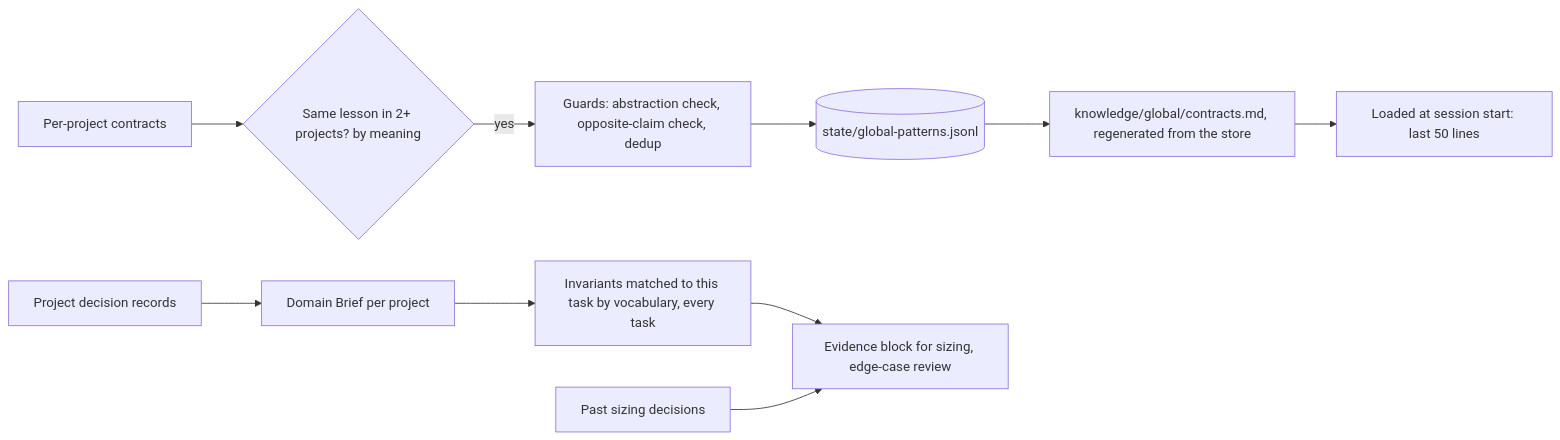
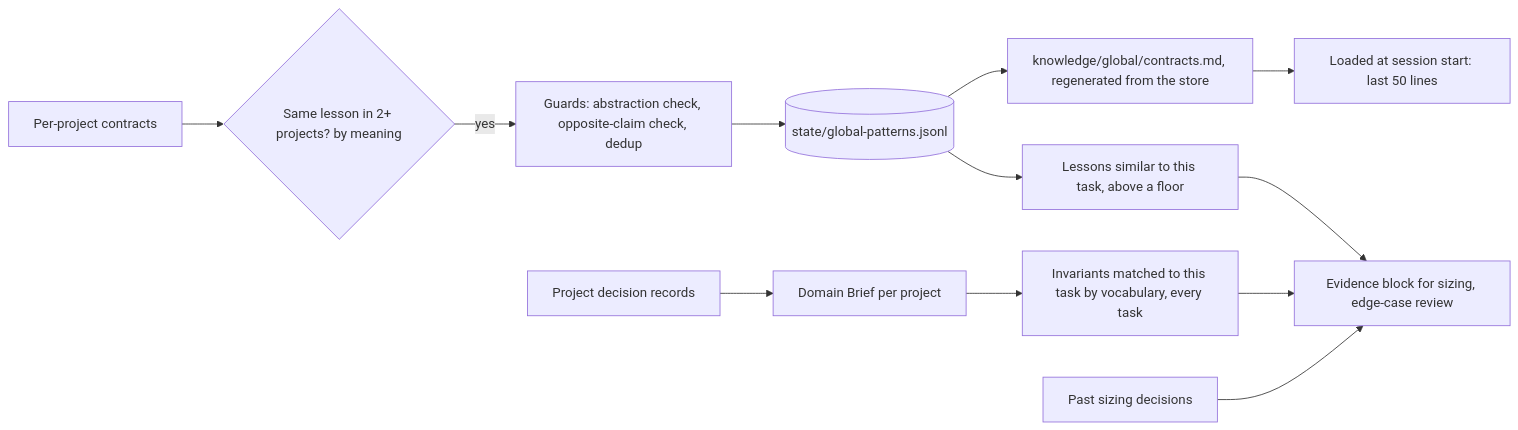
Before and after one commit to ajinkyabhanudas/youk: the second of 3 diagrams in README.md, drawn with Mermaid. The commit also changed other lines of this file and 8 other files, not shown here.

First line of the commit message:
Retrieve cross-project lessons per task into the sizing evidence block

````diff
--- a/README.md
+++ b/README.md
@@ -120,12 +120,14 @@
 ```mermaid
 flowchart LR
     C[Per-project contracts] --> X{Same lesson in 2+ projects? by meaning}
     X -->|yes| G[Guards: abstraction check, opposite-claim check, dedup]
     G --> S[(state/global-patterns.jsonl)]
     S --> M[knowledge/global/contracts.md, regenerated from the store]
     M --> L[Loaded at session start: last 50 lines]
     D[Project decision records] --> B[Domain Brief per project]
     B --> E[Invariants matched to this task by vocabulary, every task]
     E --> P[Evidence block for sizing, edge-case review]
+    S --> R[Lessons similar to this task, above a floor]
+    R --> P
     H[Past sizing decisions] --> P
 ```
````
